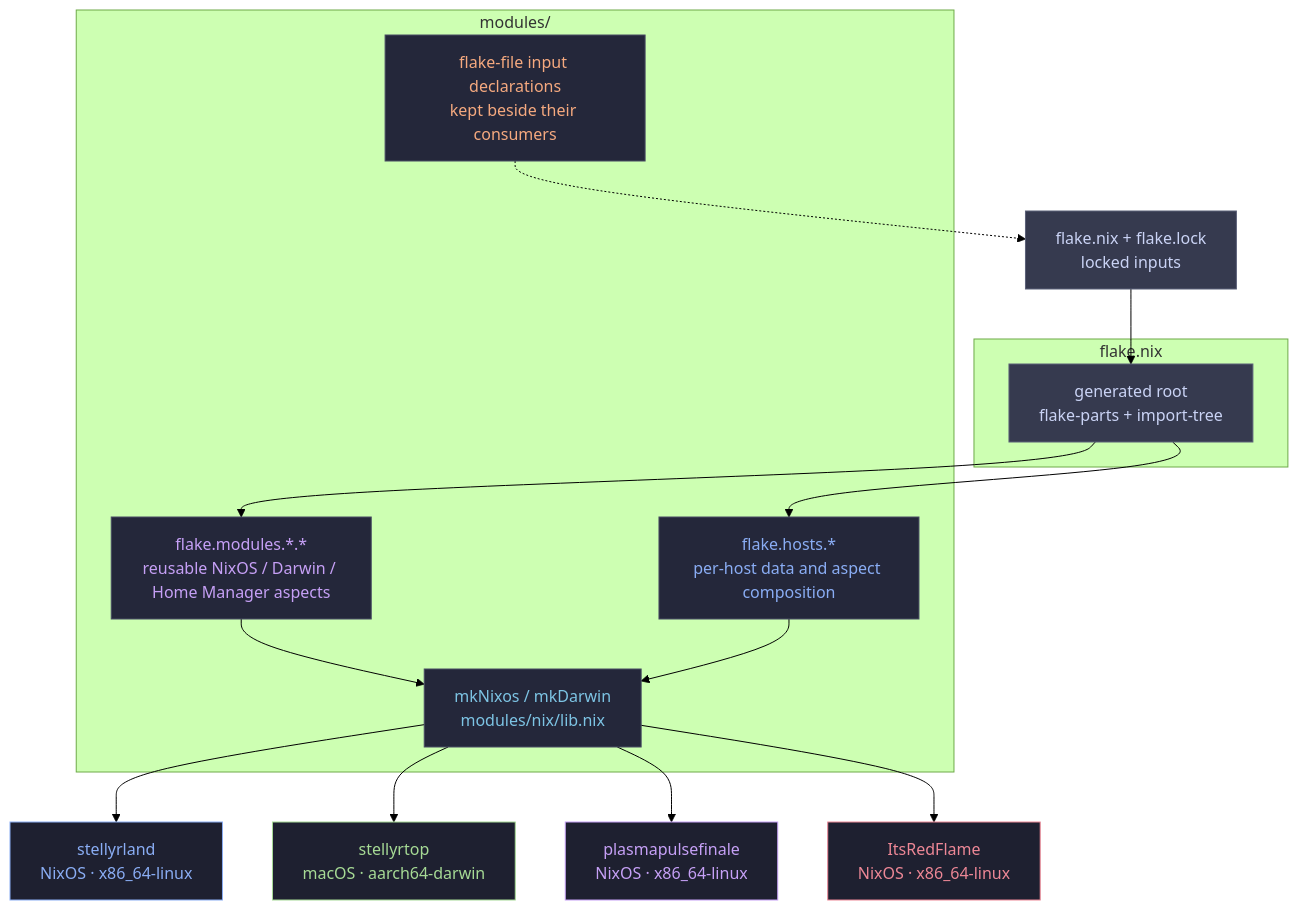
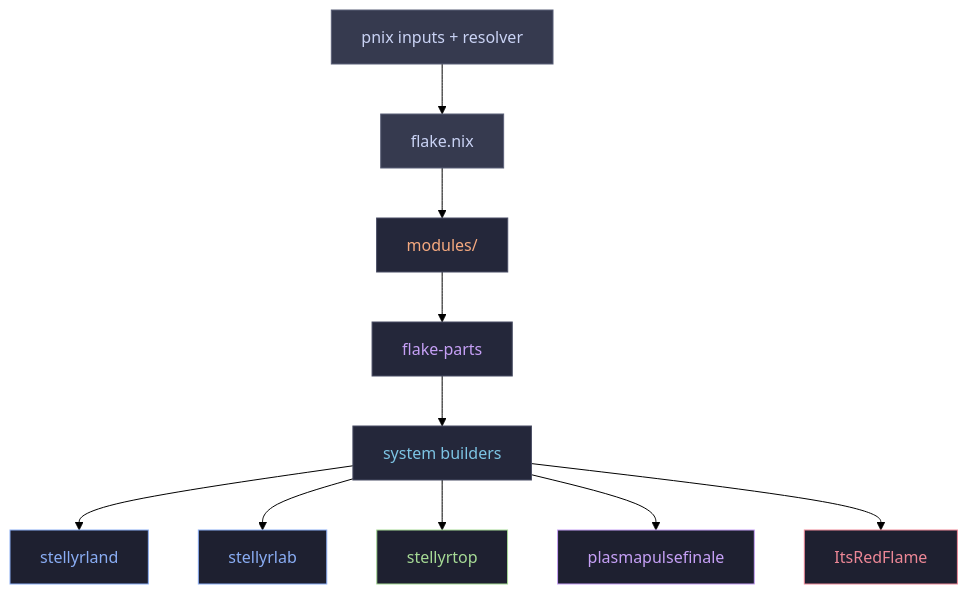
One commit to iStellanova/Stellyrland changed the diagram in README.md. Above: the diagram before and after it, drawn with Mermaid (forest theme). The commit also changed other lines of this file, not shown here.

````diff
--- a/README.md
+++ b/README.md
@@ -62,37 +62,24 @@
 ```mermaid
 flowchart TD
-    INPUTS["flake.nix + flake.lock\nlocked inputs"]
+    PNIX["pnix inputs + resolver"] --> FLAKE["flake.nix"]
+    FLAKE --> MODULES["modules/"]
+    MODULES --> PARTS["flake-parts"]
+    PARTS --> BUILD["system builders"]
 
-    subgraph FLAKE["flake.nix"]
-        IT["generated root\nflake-parts + import-tree"]
-    end
+    BUILD --> STELLYRLAND["stellyrland"]
+    BUILD --> STELLYRLAB["stellyrlab"]
+    BUILD --> STELLYRTOP["stellyrtop"]
+    BUILD --> PLASMA["plasmapulsefinale"]
+    BUILD --> REDFLAME["ItsRedFlame"]
 
-    subgraph MODS["modules/"]
-        DECL["flake-file input declarations\nkept beside their consumers"]
-        AGG["flake.modules.*.*\nreusable NixOS / Darwin / Home Manager aspects"]
-        HOSTDATA["flake.hosts.*\nper-host data and aspect composition"]
-        MK["mkNixos / mkDarwin\nmodules/nix/lib.nix"]
-    end
-
-    DECL -.-> INPUTS
-    INPUTS --> IT
-    IT --> AGG
-    IT --> HOSTDATA
-    AGG --> MK
-    HOSTDATA --> MK
-    MK --> SL["stellyrland\nNixOS · x86_64-linux"]
-    MK --> ST["stellyrtop\nmacOS · aarch64-darwin"]
-    MK --> PPF["plasmapulsefinale\nNixOS · x86_64-linux"]
-    MK --> IRF["ItsRedFlame\nNixOS · x86_64-linux"]
-
-    style INPUTS fill:#363a4f,color:#cad3f5,stroke:#5b6078
-    style IT fill:#363a4f,color:#cad3f5,stroke:#5b6078
-    style DECL fill:#24273a,color:#f5a97f,stroke:#494d64
-    style AGG fill:#24273a,color:#c6a0f6,stroke:#494d64
-    style HOSTDATA fill:#24273a,color:#8aadf4,stroke:#494d64
-    style MK fill:#24273a,color:#7dc4e4,stroke:#494d64
-    style SL fill:#1e2030,color:#8aadf4,stroke:#8aadf4
-    style ST fill:#1e2030,color:#a6da95,stroke:#a6da95
-    style PPF fill:#1e2030,color:#c6a0f6,stroke:#c6a0f6
-    style IRF fill:#1e2030,color:#ed8796,stroke:#ed8796
+    style PNIX fill:#363a4f,color:#cad3f5,stroke:#5b6078
+    style FLAKE fill:#363a4f,color:#cad3f5,stroke:#5b6078
+    style MODULES fill:#24273a,color:#f5a97f,stroke:#494d64
+    style PARTS fill:#24273a,color:#c6a0f6,stroke:#494d64
+    style BUILD fill:#24273a,color:#7dc4e4,stroke:#494d64
+    style STELLYRLAND fill:#1e2030,color:#8aadf4,stroke:#8aadf4
+    style STELLYRLAB fill:#1e2030,color:#8aadf4,stroke:#8aadf4
+    style STELLYRTOP fill:#1e2030,color:#a6da95,stroke:#a6da95
+    style PLASMA fill:#1e2030,color:#c6a0f6,stroke:#c6a0f6
+    style REDFLAME fill:#1e2030,color:#ed8796,stroke:#ed8796
 ```
````
